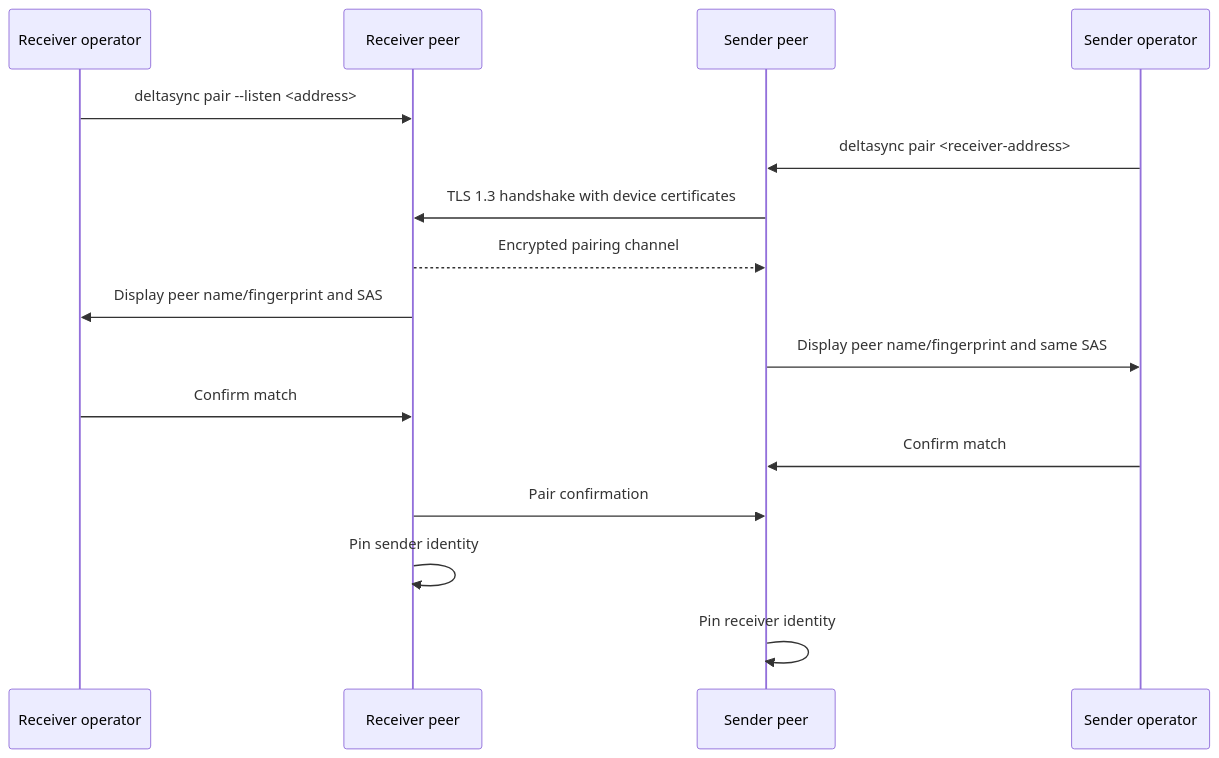
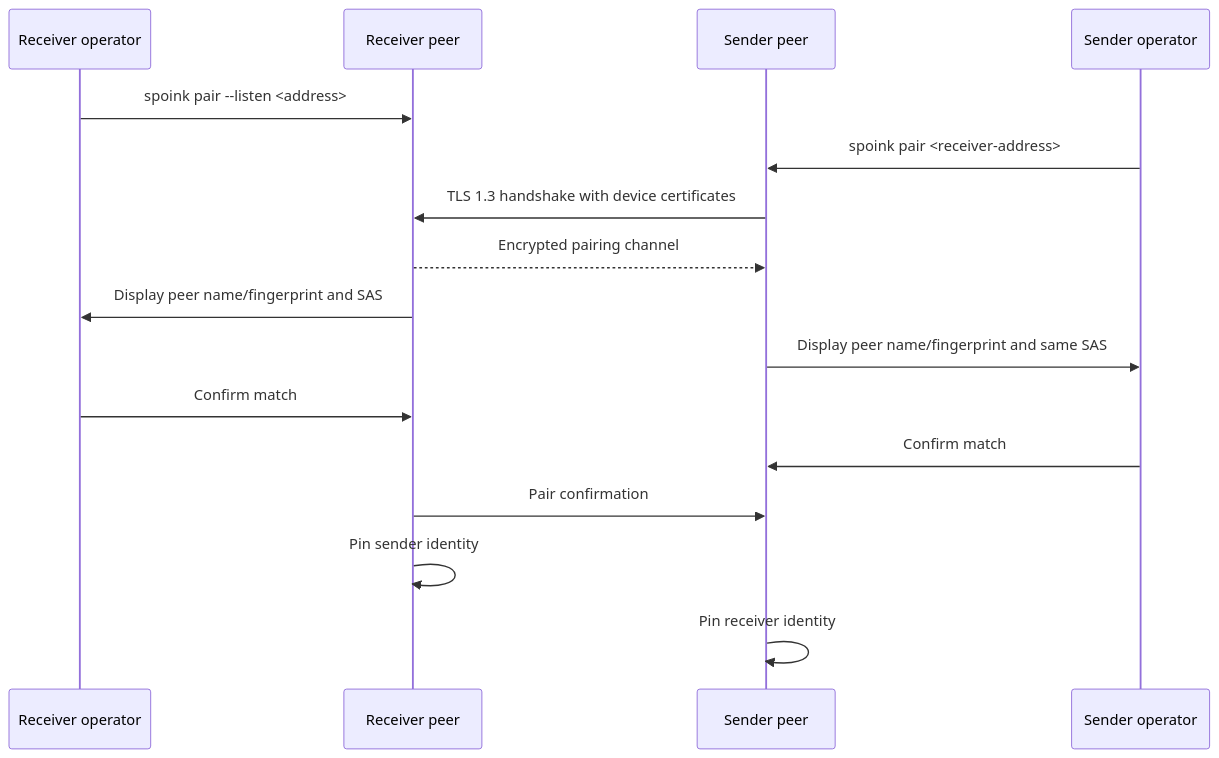
The first of 2 diagrams in docs/01_requirements/01_02_use_cases_and_user_flows.md (Remaster-Expert-1829/dift), drawn with Mermaid before and after one commit. The commit also changed other lines of this file and 55 other files, not shown here.

````diff
--- a/docs/01_requirements/01_02_use_cases_and_user_flows.md
+++ b/docs/01_requirements/01_02_use_cases_and_user_flows.md
@@ -10,18 +10,18 @@
 ```mermaid
 sequenceDiagram
     participant RO as Receiver operator
     participant R as Receiver peer
     participant S as Sender peer
     participant SO as Sender operator
-    RO->>R: deltasync pair --listen <address>
-    SO->>S: deltasync pair <receiver-address>
+    RO->>R: spoink pair --listen <address>
+    SO->>S: spoink pair <receiver-address>
     S->>R: TLS 1.3 handshake with device certificates
     R-->>S: Encrypted pairing channel
     R->>RO: Display peer name/fingerprint and SAS
     S->>SO: Display peer name/fingerprint and same SAS
     RO->>R: Confirm match
     SO->>S: Confirm match
     R->>S: Pair confirmation
     R->>R: Pin sender identity
     S->>S: Pin receiver identity
 ```
````
